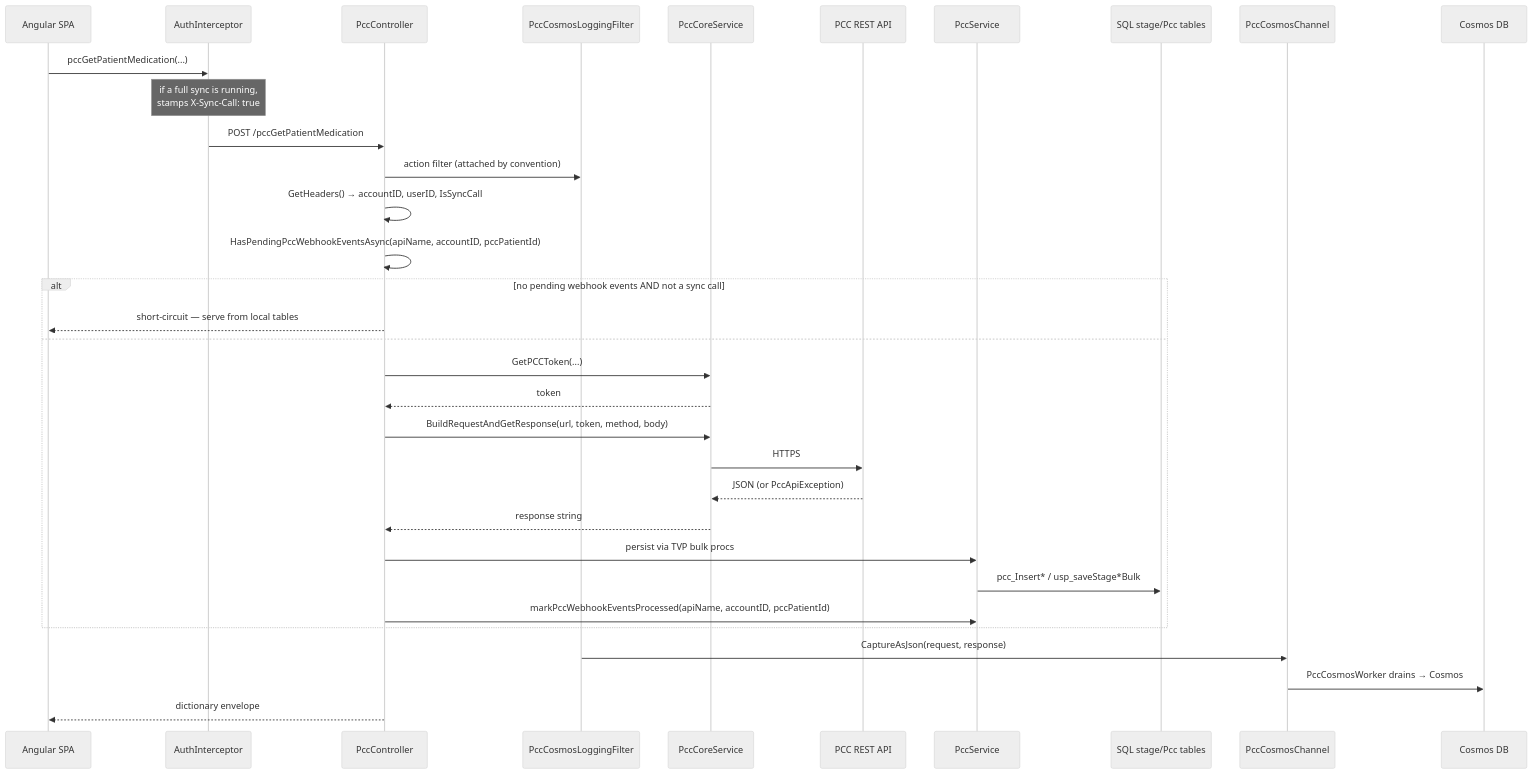
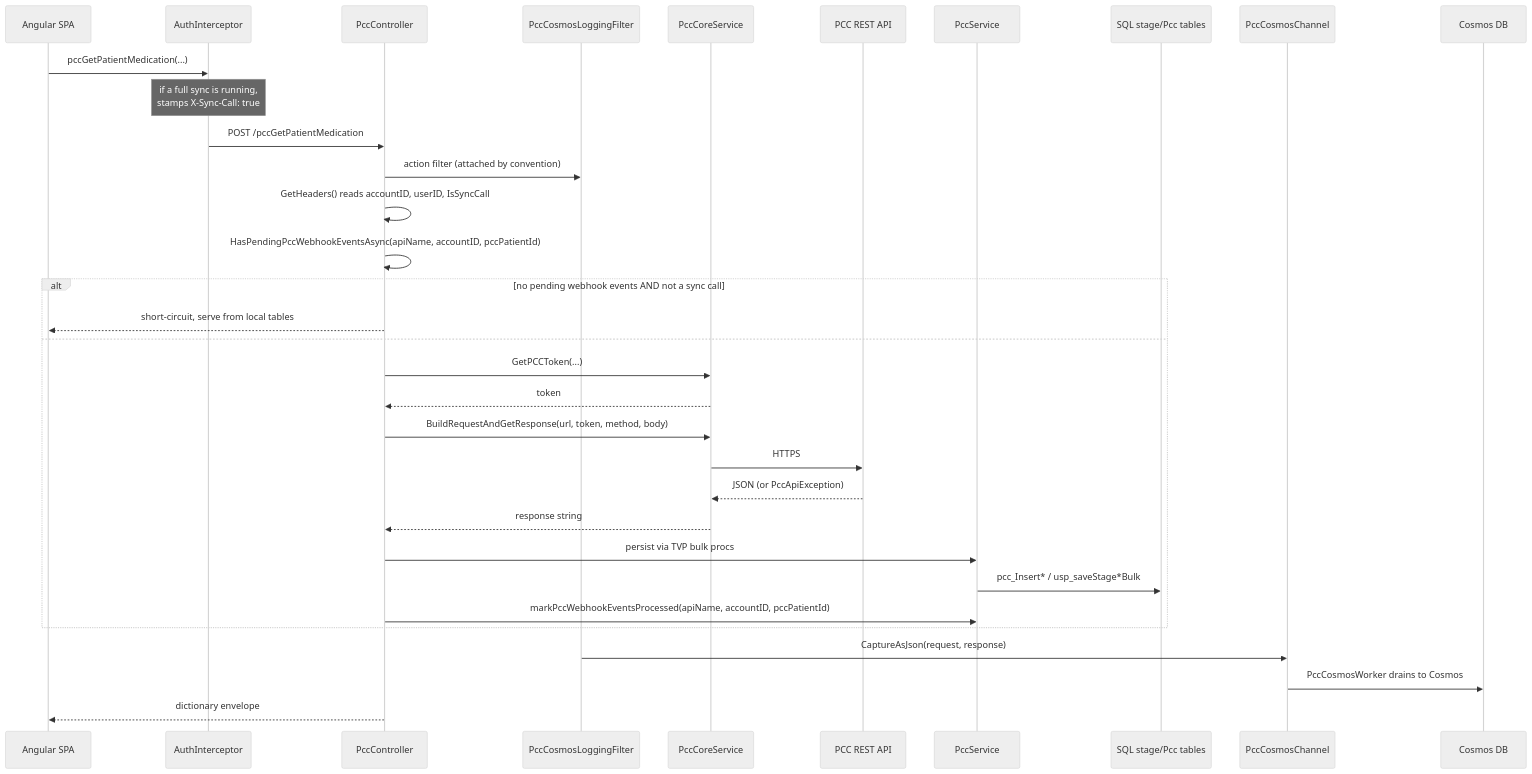
Before and after one commit to hemsingh-3PG/sai-systems-AIRE: the second of 5 diagrams in docs/architecture-diagrams/04-pointclickcare-integration-deep-dive-diagrams.md, drawn with Mermaid (neutral theme). The commit also changed other lines of this file and 285 other files, not shown here.

````diff
--- a/docs/architecture-diagrams/04-pointclickcare-integration-deep-dive-diagrams.md
+++ b/docs/architecture-diagrams/04-pointclickcare-integration-deep-dive-diagrams.md
@@ -51,36 +46,36 @@
 ```mermaid
 sequenceDiagram
   participant SPA as Angular SPA
   participant AI as AuthInterceptor
   participant CT as PccController
   participant LF as PccCosmosLoggingFilter
   participant CS as PccCoreService
   participant PCC as PCC REST API
   participant SVC as PccService
   participant DB as SQL stage/Pcc tables
   participant CH as PccCosmosChannel
   participant CDB as Cosmos DB
 
   SPA->>AI: pccGetPatientMedication(...)
   Note over AI: if a full sync is running,<br/>stamps X-Sync-Call: true
   AI->>CT: POST /pccGetPatientMedication
   CT->>LF: action filter (attached by convention)
-  CT->>CT: GetHeaders() → accountID, userID, IsSyncCall
+  CT->>CT: GetHeaders() reads accountID, userID, IsSyncCall
   CT->>CT: HasPendingPccWebhookEventsAsync(apiName, accountID, pccPatientId)
   alt no pending webhook events AND not a sync call
-    CT-->>SPA: short-circuit — serve from local tables
+    CT-->>SPA: short-circuit, serve from local tables
   else
     CT->>CS: GetPCCToken(...)
     CS-->>CT: token
     CT->>CS: BuildRequestAndGetResponse(url, token, method, body)
     CS->>PCC: HTTPS
     PCC-->>CS: JSON (or PccApiException)
     CS-->>CT: response string
     CT->>SVC: persist via TVP bulk procs
     SVC->>DB: pcc_Insert* / usp_saveStage*Bulk
     CT->>SVC: markPccWebhookEventsProcessed(apiName, accountID, pccPatientId)
   end
   LF->>CH: CaptureAsJson(request, response)
-  CH->>CDB: PccCosmosWorker drains → Cosmos
+  CH->>CDB: PccCosmosWorker drains to Cosmos
   CT-->>SPA: dictionary envelope
 ```
````
